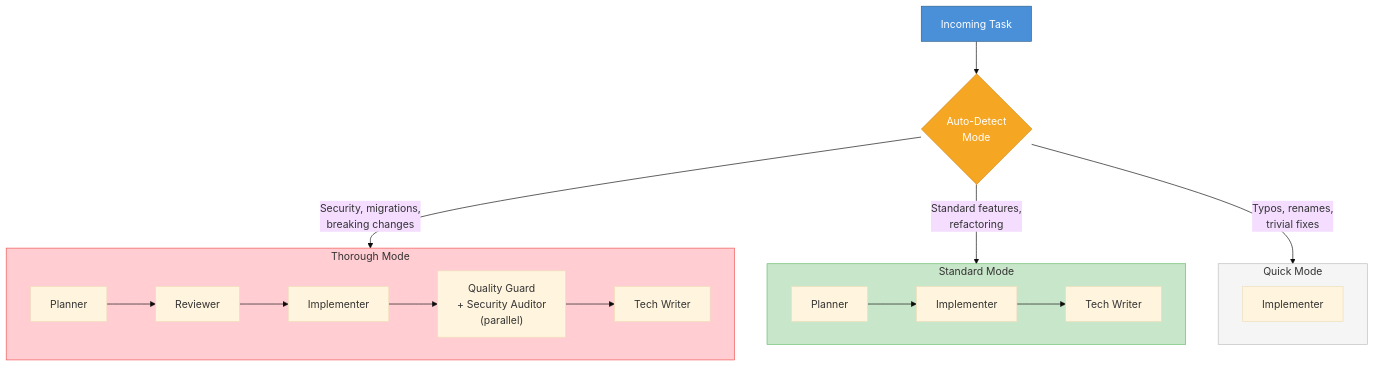
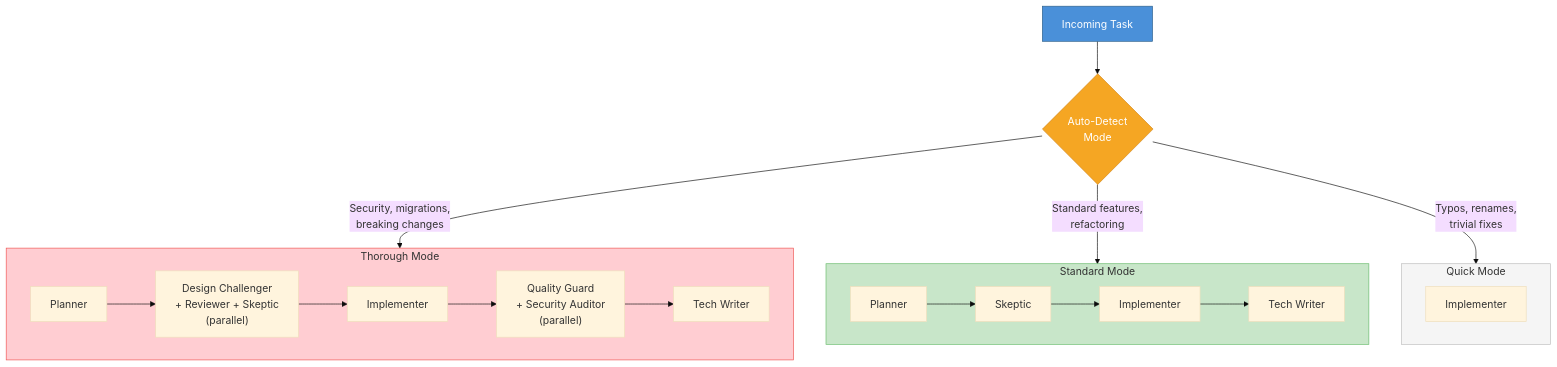
One commit to ciprianvradu/agentic-workflow changed the seventh of 11 diagrams in docs/overview.md. Above: the diagram before and after it, drawn with Mermaid (base theme). The commit also changed other lines of this file and 2 other files, not shown here.

````diff
--- a/docs/overview.md
+++ b/docs/overview.md
@@ -294,29 +303,29 @@
 ```mermaid
 graph TB
     TASK["Incoming Task"] --> AUTO{Auto-Detect\nMode}
 
     AUTO -->|"Security, migrations,\nbreaking changes"| THOROUGH
     AUTO -->|"Standard features,\nrefactoring"| STANDARD
     AUTO -->|"Typos, renames,\ntrivial fixes"| QUICK
 
     subgraph THOROUGH ["Thorough Mode"]
         direction LR
-        TH1["Planner"] --> TH2["Reviewer"] --> TH3["Implementer"] --> TH4["Quality Guard\n+ Security Auditor\n(parallel)"] --> TH5["Tech Writer"]
+        TH1["Planner"] --> TH2["Design Challenger\n+ Reviewer + Skeptic\n(parallel)"] --> TH3["Implementer"] --> TH4["Quality Guard\n+ Security Auditor\n(parallel)"] --> TH5["Tech Writer"]
     end
 
     subgraph STANDARD ["Standard Mode"]
         direction LR
-        S1["Planner"] --> S2["Implementer"] --> S3["Tech Writer"]
+        S1["Planner"] --> S2["Skeptic"] --> S3["Implementer"] --> S4["Tech Writer"]
     end
 
     subgraph QUICK ["Quick Mode"]
         direction LR
         Q1["Implementer"]
     end
 
     style TASK fill:#4A90D9,stroke:#2C5F8A,color:#fff
     style AUTO fill:#F5A623,stroke:#D4891E,color:#fff
     style THOROUGH fill:#FFCDD2,stroke:#EF5350,color:#333
     style STANDARD fill:#C8E6C9,stroke:#66BB6A,color:#333
     style QUICK fill:#F5F5F5,stroke:#BDBDBD,color:#333
 ```
````
